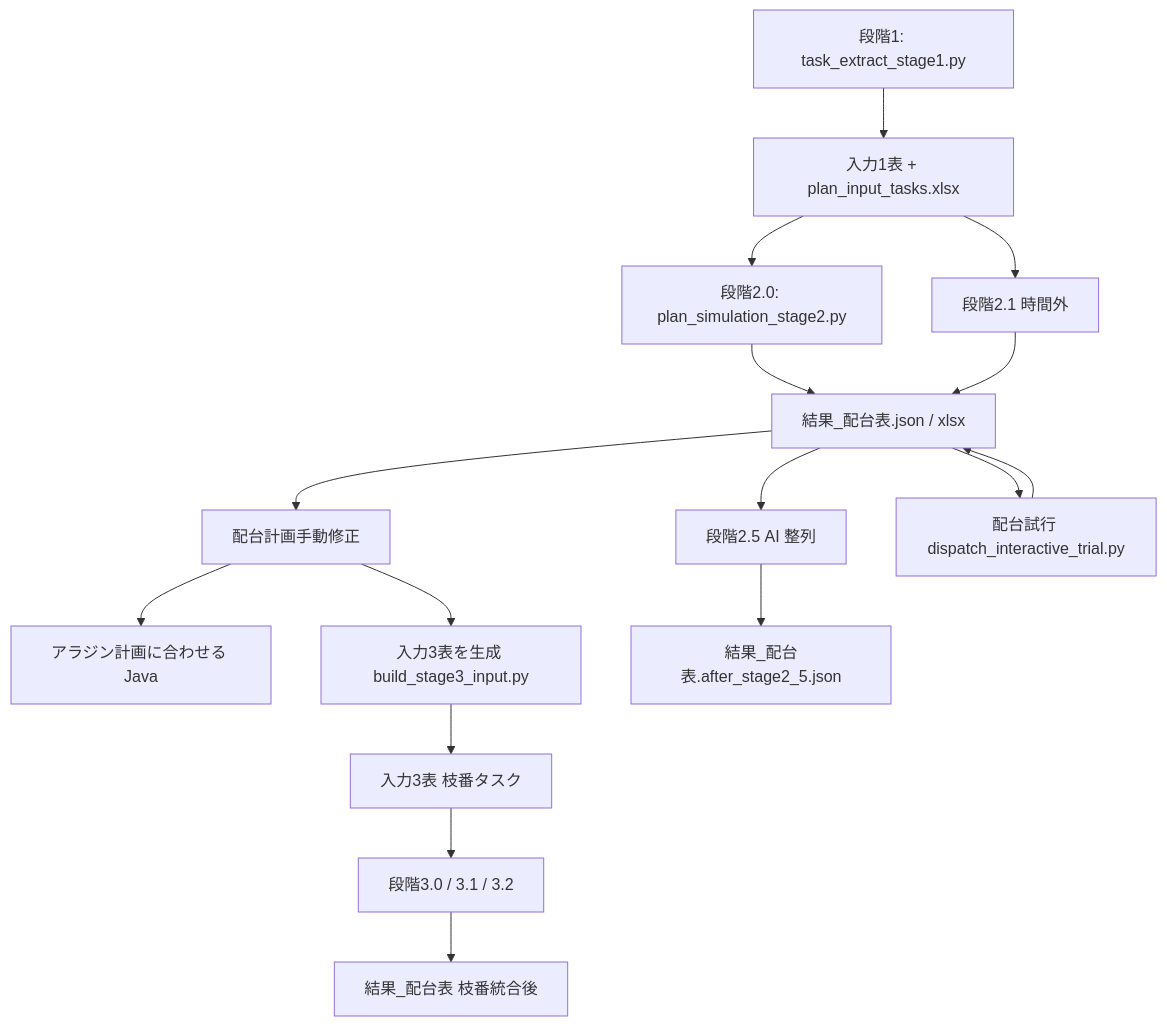
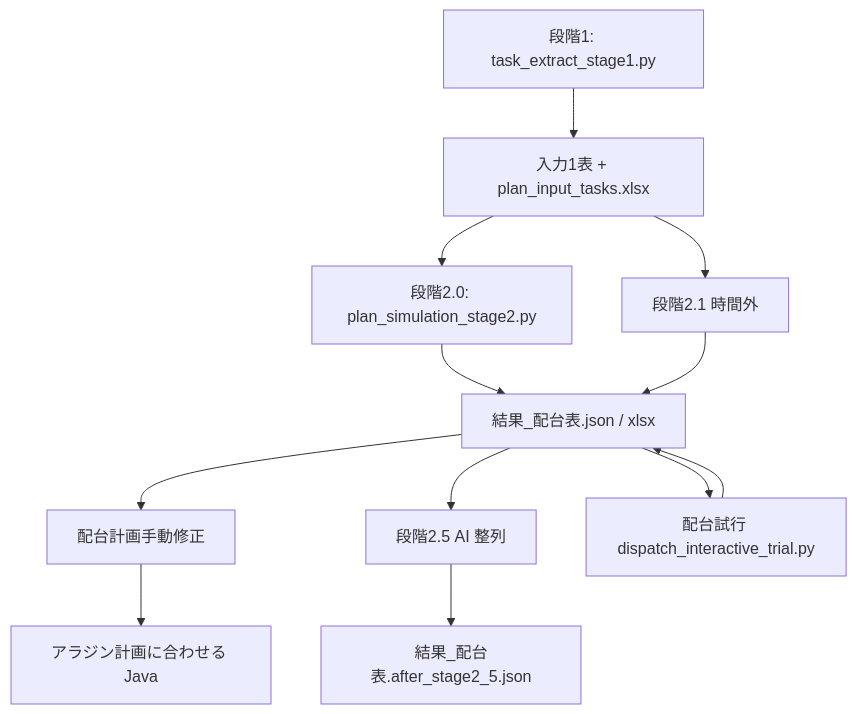
The diagram in code/要件定義/段階別配台入出力.md (hosokawanagaokasangyou-dotcom/Production-Control-System), drawn with Mermaid before and after one commit. The commit also changed other lines of this file and 9 other files, not shown here.

````diff
--- a/code/要件定義/段階別配台入出力.md
+++ b/code/要件定義/段階別配台入出力.md
@@ -32,18 +32,14 @@
 ```mermaid
 flowchart TD
   S1[段階1: task_extract_stage1.py] --> In1[入力1表 + plan_input_tasks.xlsx]
   In1 --> S20[段階2.0: plan_simulation_stage2.py]
   S20 --> RD[結果_配台表.json / xlsx]
   RD --> DI[配台計画手動修正]
   DI --> Align[アラジン計画に合わせる Java]
-  DI --> Gen3[入力3表を生成 build_stage3_input.py]
-  Gen3 --> In3[入力3表 枝番タスク]
-  In3 --> S30[段階3.0 / 3.1 / 3.2]
-  S30 --> RD2[結果_配台表 枝番統合後]
   In1 --> S21[段階2.1 時間外]
   S21 --> RD
   RD --> S25[段階2.5 AI 整列]
   S25 --> RD25[結果_配台表.after_stage2_5.json]
   RD --> Trial[配台試行 dispatch_interactive_trial.py]
   Trial --> RD
 ```
````
